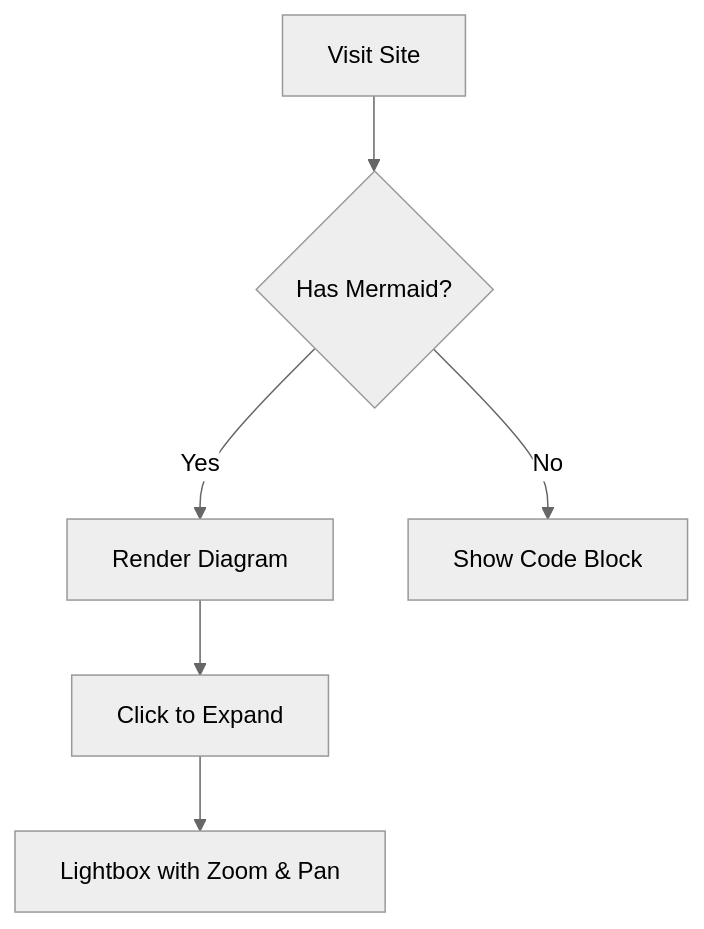
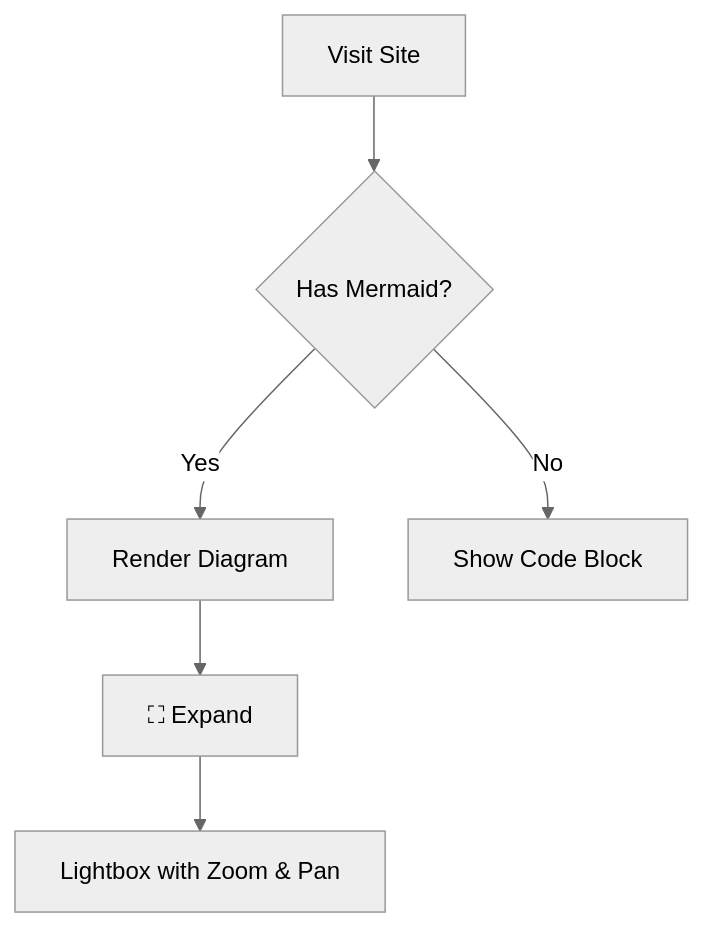
One commit to gllmAR/docsify-mermaid-lightbox changed the diagram in README.md. Above: the diagram before and after it, drawn with Mermaid (neutral theme). The commit also changed other lines of this file and 2 other files, not shown here.

````diff
--- a/README.md
+++ b/README.md
@@ -74,8 +81,8 @@
 ```mermaid
 graph TD
     A[Visit Site] --> B{Has Mermaid?}
     B -->|Yes| C[Render Diagram]
     B -->|No| D[Show Code Block]
-    C --> E[Click to Expand]
+    C --> E[⛶ Expand]
     E --> F[Lightbox with Zoom & Pan]
 ```
````
